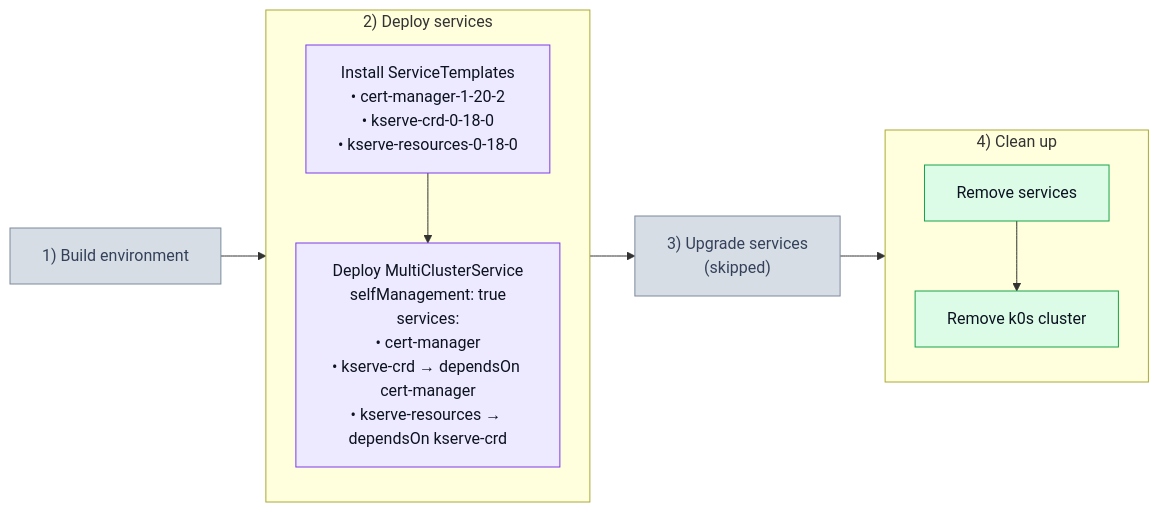
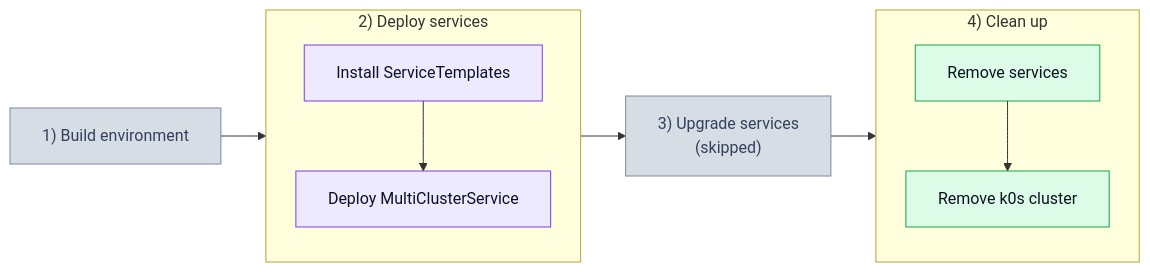
The second of 2 diagrams in test_scenarios/201_svcdep.md (josef-hak/ksm-tests), drawn with Mermaid before and after one commit. The commit also changed other lines of this file, not shown here.

Commit message:
docs: keep the diagram nodes short, spell the detail out below

````diff
--- a/test_scenarios/201_svcdep.md
+++ b/test_scenarios/201_svcdep.md
@@ -29,29 +29,27 @@
 ```mermaid
 %%{init: {'flowchart': {'padding': 16, 'nodeSpacing': 40, 'rankSpacing': 45}}}%%
 flowchart LR
     P1["1) Build environment"]
 
     subgraph P2["2) Deploy services"]
         direction TB
-        D1["Install ServiceTemplates<br/>• cert-manager-1-20-2<br/>• kserve-crd-0-18-0<br/>• kserve-resources-0-18-0"]
-        D2["Deploy MultiClusterService<br/>selfManagement: true<br/>services:<br/>• cert-manager<br/>• kserve-crd → dependsOn cert-manager<br/>• kserve-resources → dependsOn kserve-crd"]
-        D1 --> D2
+        D1["Install ServiceTemplates"] --> D2["Deploy MultiClusterService"]
     end
 
     P3["3) Upgrade services<br/>(skipped)"]
 
     subgraph P4["4) Clean up"]
         direction TB
         C1["Remove services"] --> C2["Remove k0s cluster"]
     end
 
     P1 --> P2 --> P3 --> P4
 
     classDef off fill:#d7dde5,stroke:#7c8a9c,color:#33415a
     classDef dep fill:#ede9fe,stroke:#7c3aed,color:#0b1220
     classDef out fill:#dcfce7,stroke:#16a34a,color:#0b1220
 
     class P1,P3 off
     class D1,D2 dep
     class C1,C2 out
 ```
````
